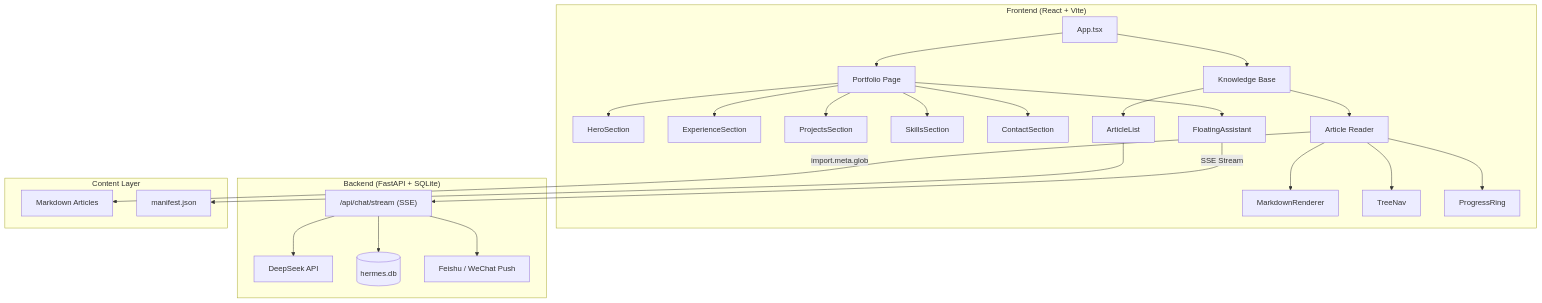
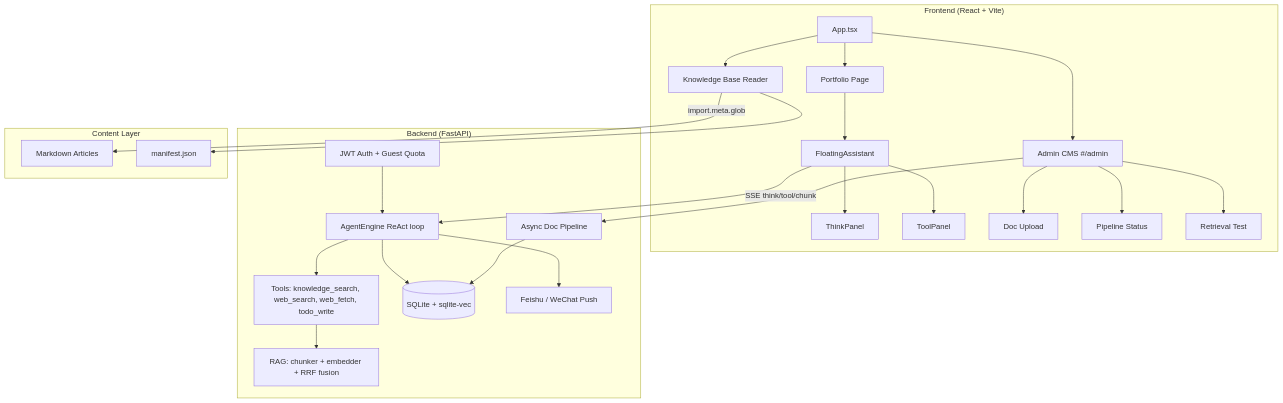
Before and after one commit to SirAQing/portfolio-hermes: the diagram in portfolio-react/README.md, drawn with Mermaid. The commit also changed other lines of this file and 107 other files, not shown here.

First line of the commit message:
feat: admin dashboard, notes management, AI settings, .md import, deploy CI/CD

````diff
--- a/portfolio-react/README.md
+++ b/portfolio-react/README.md
@@ -13,39 +22,42 @@
 ```mermaid
 graph TD
     subgraph Frontend["Frontend (React + Vite)"]
         APP[App.tsx]
         APP --> HOME[Portfolio Page]
-        APP --> KB[Knowledge Base]
-        HOME --> HERO[HeroSection]
-        HOME --> EXP[ExperienceSection]
-        HOME --> PROJ[ProjectsSection]
-        HOME --> SKILL[SkillsSection]
-        HOME --> CONTACT[ContactSection]
+        APP --> KB[Knowledge Base Reader]
+        APP --> ADMIN[Admin CMS #/admin]
         HOME --> CHAT[FloatingAssistant]
-        KB --> LIST[ArticleList]
-        KB --> READER[Article Reader]
-        READER --> MD[MarkdownRenderer]
-        READER --> TREE[TreeNav]
-        READER --> RING[ProgressRing]
+        CHAT --> THINK[ThinkPanel]
+        CHAT --> TOOL[ToolPanel]
+        ADMIN --> UPLOAD[Doc Upload]
+        ADMIN --> STATUS[Pipeline Status]
+        ADMIN --> SEARCH[Retrieval Test]
     end
 
-    subgraph Backend["Backend (FastAPI + SQLite)"]
-        API["/api/chat/stream (SSE)"]
-        LLM[DeepSeek API]
-        DB[(hermes.db)]
+    subgraph Backend["Backend (FastAPI)"]
+        AGENT[AgentEngine ReAct loop]
+        TOOLS[Tools: knowledge_search, web_search, web_fetch, todo_write]
+        RAG[RAG: chunker + embedder + RRF fusion]
+        AUTH[JWT Auth + Guest Quota]
+        DB[(SQLite + sqlite-vec)]
         NOTIFY[Feishu / WeChat Push]
+        PIPE[Async Doc Pipeline]
     end
 
-    CHAT -->|SSE Stream| API
-    API --> LLM
-    API --> DB
-    API --> NOTIFY
+    CHAT -->|SSE think/tool/chunk| AGENT
+    AGENT --> TOOLS
+    TOOLS --> RAG
+    AGENT --> DB
+    AGENT --> NOTIFY
+    ADMIN --> PIPE
+    PIPE --> DB
+    AUTH --> AGENT
 
     subgraph Content["Content Layer"]
         MD_FILES[Markdown Articles]
         MANIFEST[manifest.json]
     end
 
-    READER -->|import.meta.glob| MD_FILES
-    LIST --> MANIFEST
+    KB -->|import.meta.glob| MD_FILES
+    KB --> MANIFEST
 ```
````
